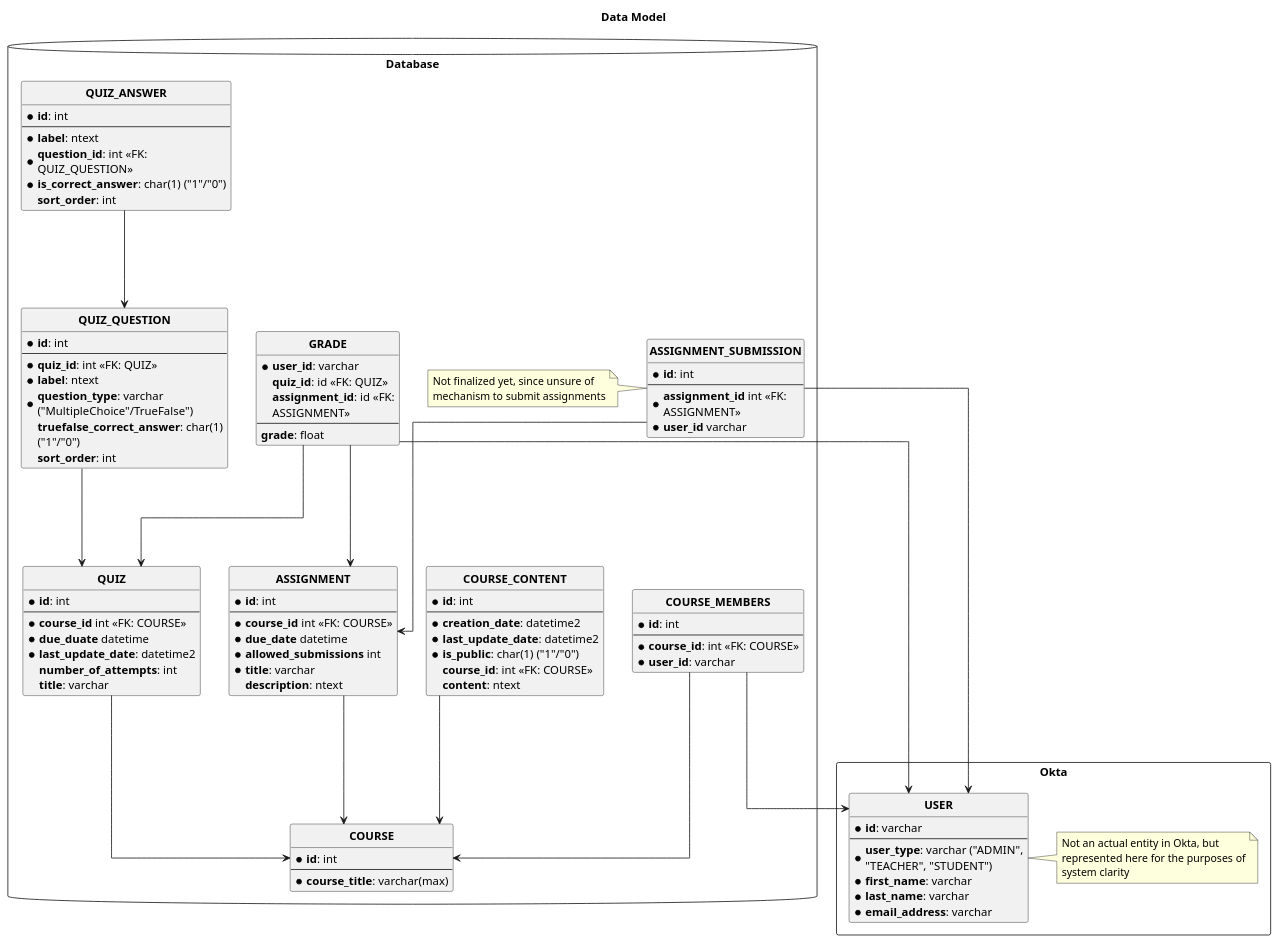
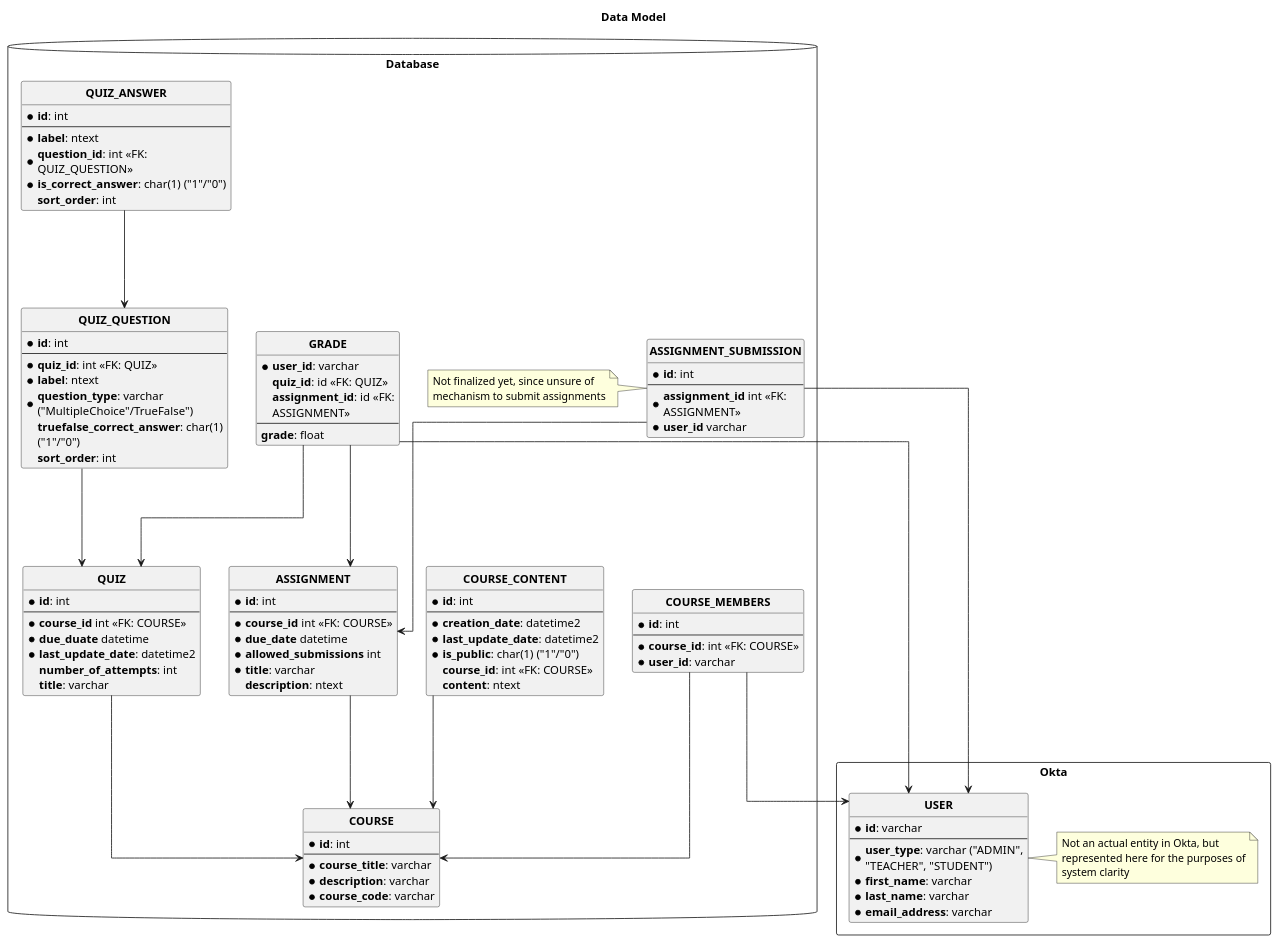
Before and after one commit to lightbulb-lms/documentation: the diagram in source/ERDiagram.puml, drawn with PlantUML.

Commit message:
Add fields to course

```diff
--- a/source/ERDiagram.puml
+++ b/source/ERDiagram.puml
@@ -1,120 +1,122 @@
 @startuml
 skinparam WrapWidth 250
 skinparam MaxMessageSize 250
 title Data Model
 
 ' hide "E" circle around all entities
 hide circle
 
 ' avoid problems with angled crows feet
 skinparam linetype ortho
 
 package Okta <<Rectangle>> {
     entity "**USER**" as u {
         * **id**: varchar
         --
         * **user_type**: varchar ("ADMIN", "TEACHER", "STUDENT")
         * **first_name**: varchar
         * **last_name**: varchar
         * **email_address**: varchar
     }
     note right
         Not an actual entity in Okta, but represented here for the purposes of system clarity
     end note
 }
 
 package Database <<Database>> {
     entity "**COURSE**" as c {
         * **id**: int
         --
-        * **course_title**: varchar(max)
+        * **course_title**: varchar
+        * **description**: varchar
+        * **course_code**: varchar
     }
 
     entity "**COURSE_MEMBERS**" as cm {
         * **id**: int
         --
         * **course_id**: int <<FK: COURSE>>
         * **user_id**: varchar
     }
 
     entity "**COURSE_CONTENT**" as cc {
         * **id**: int
         --
         * **creation_date**: datetime2
         * **last_update_date**: datetime2
         * **is_public**: char(1) ("1"/"0")
         **course_id**: int <<FK: COURSE>>
         **content**: ntext
     }
 
     entity "**QUIZ**" as q {
         * **id**: int
         --
         * **course_id** int <<FK: COURSE>>
         * **due_duate** datetime
         * **last_update_date**: datetime2
         **number_of_attempts**: int
         **title**: varchar
     }
 
     entity "**QUIZ_QUESTION**" as qq {
         * **id**: int
         --
         * **quiz_id**: int <<FK: QUIZ>>
         * **label**: ntext
         * **question_type**: varchar ("MultipleChoice"/TrueFalse")
         **truefalse_correct_answer**: char(1) ("1"/"0")
         **sort_order**: int
     }
 
     entity "**QUIZ_ANSWER**" as qa {
         * **id**: int
         --
         * **label**: ntext
         * **question_id**: int <<FK: QUIZ_QUESTION>>
         * **is_correct_answer**: char(1) ("1"/"0")
         **sort_order**: int
     }
 
     entity "**ASSIGNMENT**" as a {
         * **id**: int
         --
         * **course_id** int <<FK: COURSE>>
         * **due_date** datetime
         * **allowed_submissions** int
         * **title**: varchar
         **description**: ntext
     }
 
     entity "**ASSIGNMENT_SUBMISSION**" as as {
         * **id**: int
         --
         * **assignment_id** int <<FK: ASSIGNMENT>>
         * **user_id** varchar
     }
     note left
         Not finalized yet, since unsure of mechanism to submit assignments
     end note
 
     entity "**GRADE**" as g {
         * **user_id**: varchar
         **quiz_id**: id <<FK: QUIZ>>
         **assignment_id**: id <<FK: ASSIGNMENT>>
         --
         **grade**: float
     }
 }
 
 cm ---> u
 cm ---> c
 cc ---> c
 q ---> c
 qq ---> q
 qa ---> qq
 a ---> c
 as ---> a
 as ---> u
 g ---> u
 g ---> q
 g ---> a
 @enduml
```
